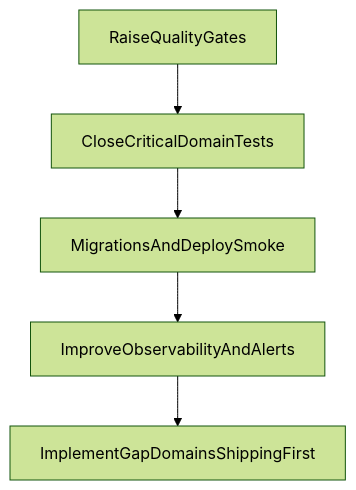
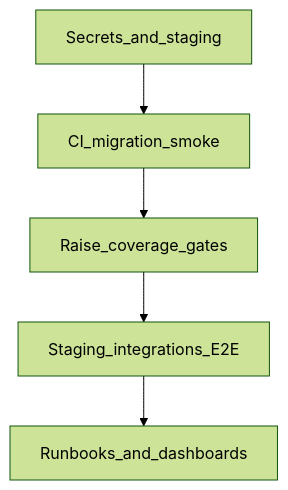
Before and after one commit to meleudas/Marketplace: the diagram in reports/production-readiness/README.md, drawn with Mermaid (forest theme). The commit also changed other lines of this file and 34 other files, not shown here.

````diff
--- a/reports/production-readiness/README.md
+++ b/reports/production-readiness/README.md
@@ -55,7 +90,7 @@
 ```mermaid
 flowchart TD
-  raiseQualityGates[RaiseQualityGates] --> closeCriticalTests[CloseCriticalDomainTests]
-  closeCriticalTests --> migrationSmoke[MigrationsAndDeploySmoke]
-  migrationSmoke --> reliability[ImproveObservabilityAndAlerts]
-  reliability --> nextDomains[ImplementGapDomainsShippingFirst]
+  secrets[Secrets_and_staging] --> ciSmoke[CI_migration_smoke]
+  ciSmoke --> gates[Raise_coverage_gates]
+  gates --> integrations[Staging_integrations_E2E]
+  integrations --> ops[Runbooks_and_dashboards]
 ```
````
